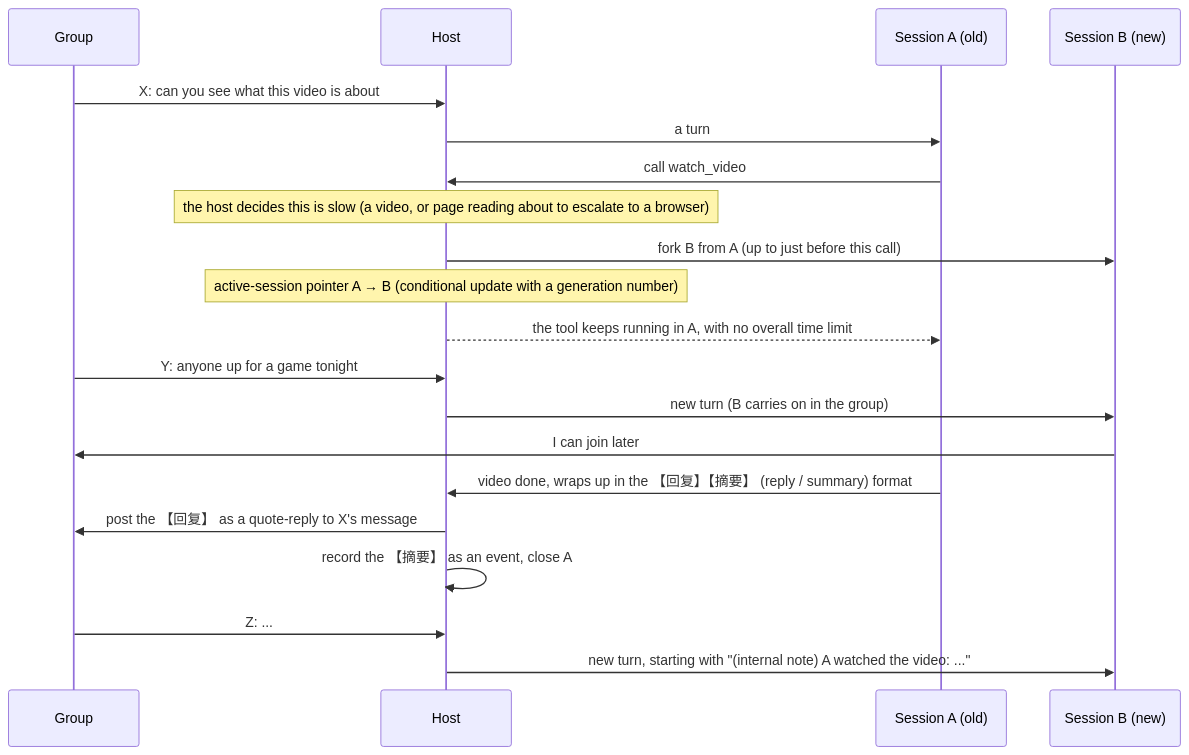
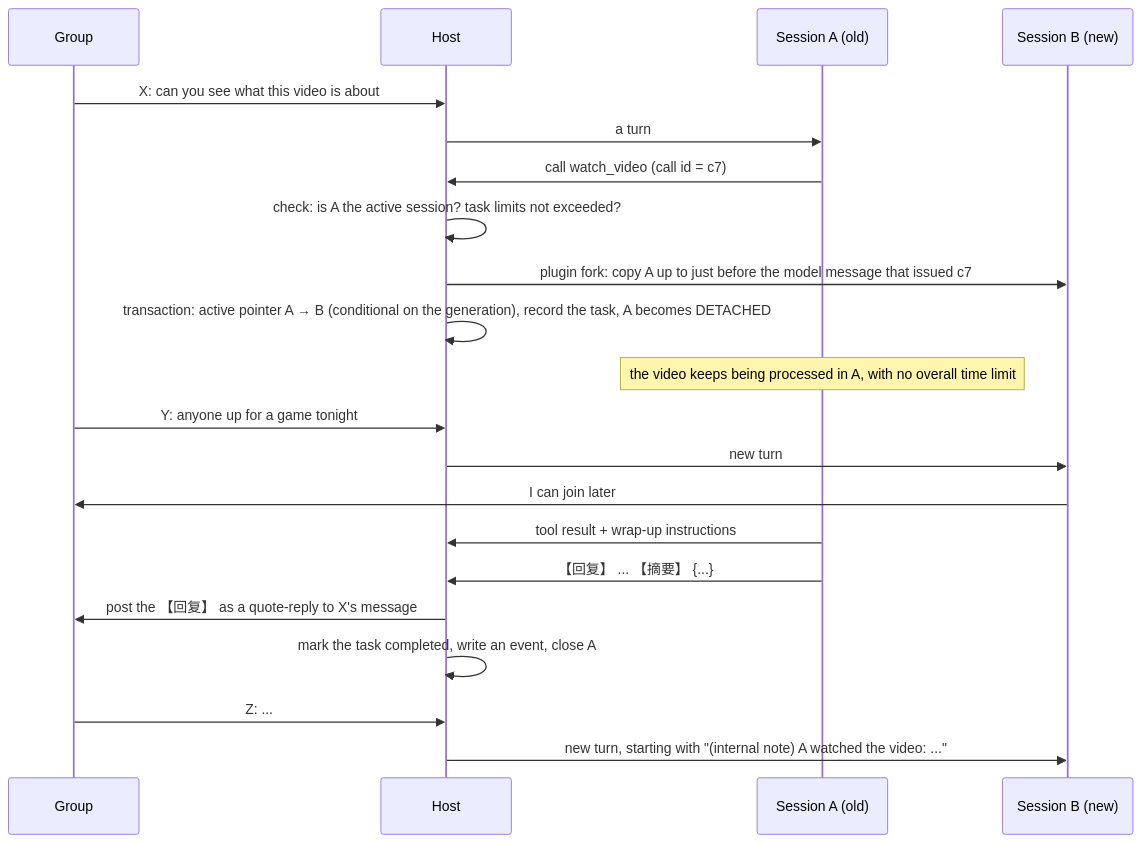
The second of 3 diagrams in docs/overview/architecture.en.md (shioochicqwq/groupmind), drawn with Mermaid before and after one commit. The commit also changed other lines of this file and 5 other files, not shown here.

````diff
--- a/docs/overview/architecture.en.md
+++ b/docs/overview/architecture.en.md
@@ -210,22 +362,23 @@
 ```mermaid
 sequenceDiagram
     participant G as Group
     participant H as Host
     participant A as Session A (old)
     participant B as Session B (new)
     G->>H: X: can you see what this video is about
     H->>A: a turn
-    A->>H: call watch_video
-    Note over H: the host decides this is slow (a video, or page reading about to escalate to a browser)
-    H->>B: fork B from A (up to just before this call)
-    Note over H: active-session pointer A → B (conditional update with a generation number)
-    H-->>A: the tool keeps running in A, with no overall time limit
+    A->>H: call watch_video (call id = c7)
+    H->>H: check: is A the active session? task limits not exceeded?
+    H->>B: plugin fork: copy A up to just before the model message that issued c7
+    H->>H: transaction: active pointer A → B (conditional on the generation), record the task, A becomes DETACHED
+    Note over A: the video keeps being processed in A, with no overall time limit
     G->>H: Y: anyone up for a game tonight
-    H->>B: new turn (B carries on in the group)
+    H->>B: new turn
     B->>G: I can join later
-    A->>H: video done, wraps up in the 【回复】【摘要】 (reply / summary) format
+    A->>H: tool result + wrap-up instructions
+    A->>H: 【回复】 ... 【摘要】 {...}
     H->>G: post the 【回复】 as a quote-reply to X's message
-    H->>H: record the 【摘要】 as an event, close A
+    H->>H: mark the task completed, write an event, close A
     G->>H: Z: ...
     H->>B: new turn, starting with "(internal note) A watched the video: ..."
 ```
````
